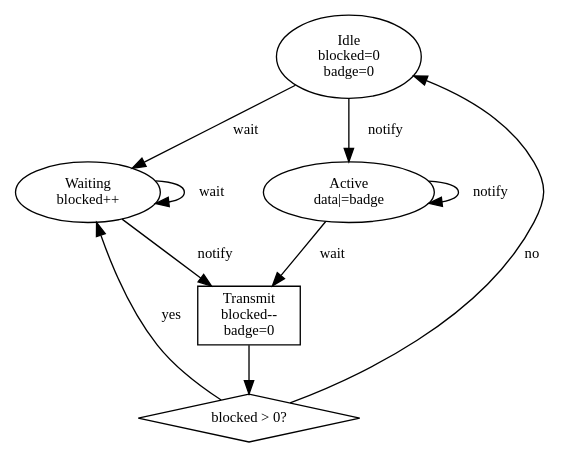
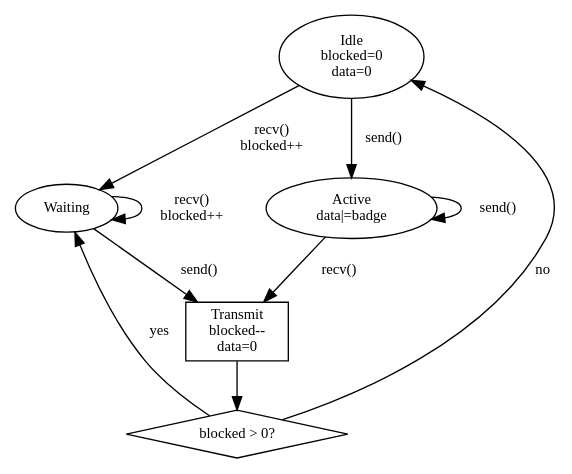
The diagram in imgs/notification.gv (pingerino/phd), drawn with Graphviz before and after one commit. The commit also changed 3 other files, not shown here.

```diff
--- a/imgs/notification.gv
+++ b/imgs/notification.gv
@@ -1,25 +1,25 @@
 digraph {
     ratio = "compress"
     node [fontsize=11,style=solid,fontname="inconsolata"]
     edge [fontsize=11,fontname="inconsolata"]
     //actual nodes
-    Idle [shape=ellipse, label="Idle\nblocked=0\nbadge=0"]
-    Waiting [shape=ellipse, label="Waiting\nblocked++"]
+    Idle [shape=ellipse, label="Idle\nblocked=0\ndata=0"]
+    Waiting [shape=ellipse, label="Waiting"]
     Active [shape=ellipse, label="Active\ndata|=badge"]
-    Transmit [shape=box, label="Transmit\nblocked--\nbadge=0"]
+    Transmit [shape=box, label="Transmit\nblocked--\ndata=0"]
 
     TCB2 [shape=diamond label="blocked > 0?"]
    
-    Idle -> Active[label=" notify "]
-    Idle -> Waiting[label=" wait "]
+    Idle -> Active[label=" send()"]
+    Idle -> Waiting[label=" recv() \n blocked++"]
 
-    Active -> Active[label= "notify "]
-    Active -> Transmit[label= " wait "]
+    Active -> Active[label= " send() "]
+    Active -> Transmit[label= " recv() "]
 
-    Waiting -> Transmit [label=" notify "]
-    Waiting -> Waiting [label=" wait "]
+    Waiting -> Transmit [label=" send() "]
+    Waiting -> Waiting [label=" recv() \n blocked++ "]
     Transmit -> TCB2[label=""]
     TCB2 -> Waiting [label="yes"]
     TCB2 -> Idle [label=" no"]
 
 }
```
